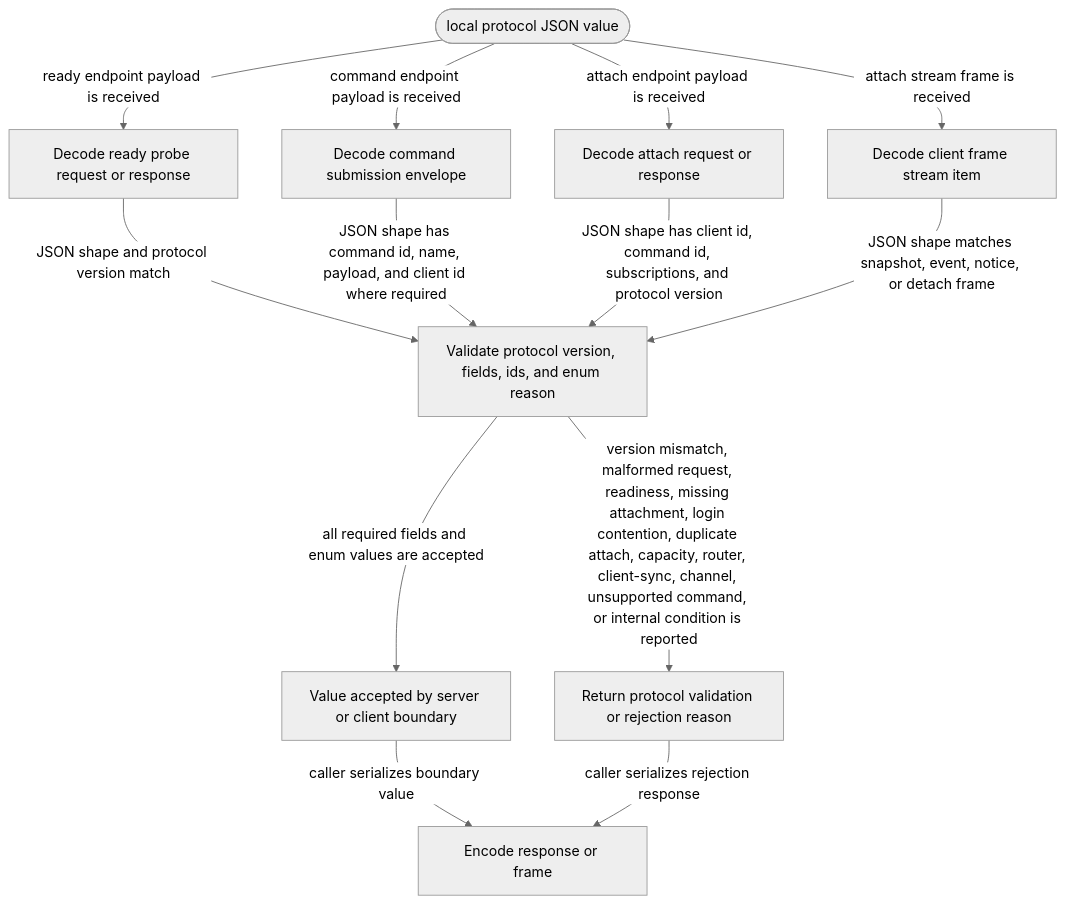
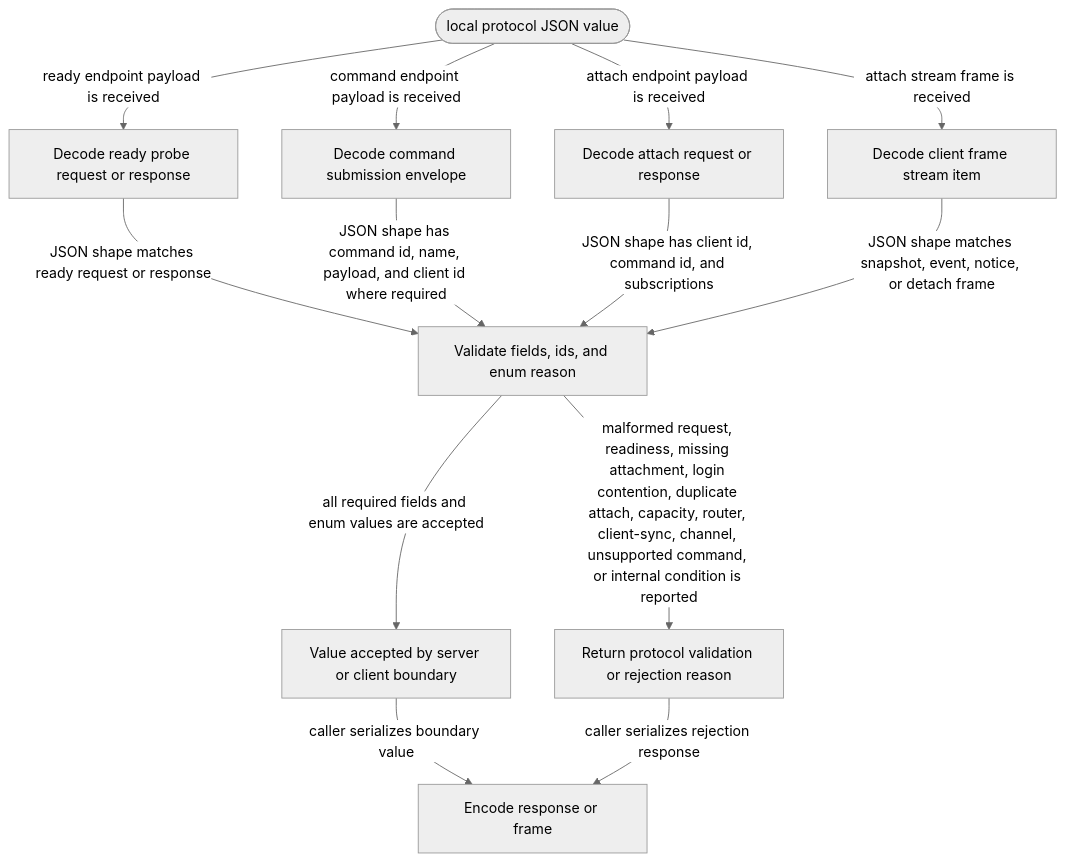
The diagram in crates/local-protocol/README.md (JiaJunDeng5930/Selvedge), drawn with Mermaid (neutral theme) before and after one commit. The commit also changed other lines of this file and 8 other files, not shown here.

````diff
--- a/crates/local-protocol/README.md
+++ b/crates/local-protocol/README.md
@@ -20,25 +20,25 @@
 ```mermaid
 flowchart TD
   Start([local protocol JSON value])
   ReadyProbe[Decode ready probe request or response]
   Command[Decode command submission envelope]
   Attach[Decode attach request or response]
   Frame[Decode client frame stream item]
-  Validate[Validate protocol version, fields, ids, and enum reason]
+  Validate[Validate fields, ids, and enum reason]
   Accepted[Value accepted by server or client boundary]
   Rejected[Return protocol validation or rejection reason]
   Encode[Encode response or frame]
 
   Start -->|ready endpoint payload is received| ReadyProbe
   Start -->|command endpoint payload is received| Command
   Start -->|attach endpoint payload is received| Attach
   Start -->|attach stream frame is received| Frame
-  ReadyProbe -->|JSON shape and protocol version match| Validate
+  ReadyProbe -->|JSON shape matches ready request or response| Validate
   Command -->|JSON shape has command id, name, payload, and client id where required| Validate
-  Attach -->|JSON shape has client id, command id, subscriptions, and protocol version| Validate
+  Attach -->|JSON shape has client id, command id, and subscriptions| Validate
   Frame -->|JSON shape matches snapshot, event, notice, or detach frame| Validate
   Validate -->|all required fields and enum values are accepted| Accepted
-  Validate -->|version mismatch, malformed request, readiness, missing attachment, login contention, duplicate attach, capacity, router, client-sync, channel, unsupported command, or internal condition is reported| Rejected
+  Validate -->|malformed request, readiness, missing attachment, login contention, duplicate attach, capacity, router, client-sync, channel, unsupported command, or internal condition is reported| Rejected
   Accepted -->|caller serializes boundary value| Encode
   Rejected -->|caller serializes rejection response| Encode
 ```
````
